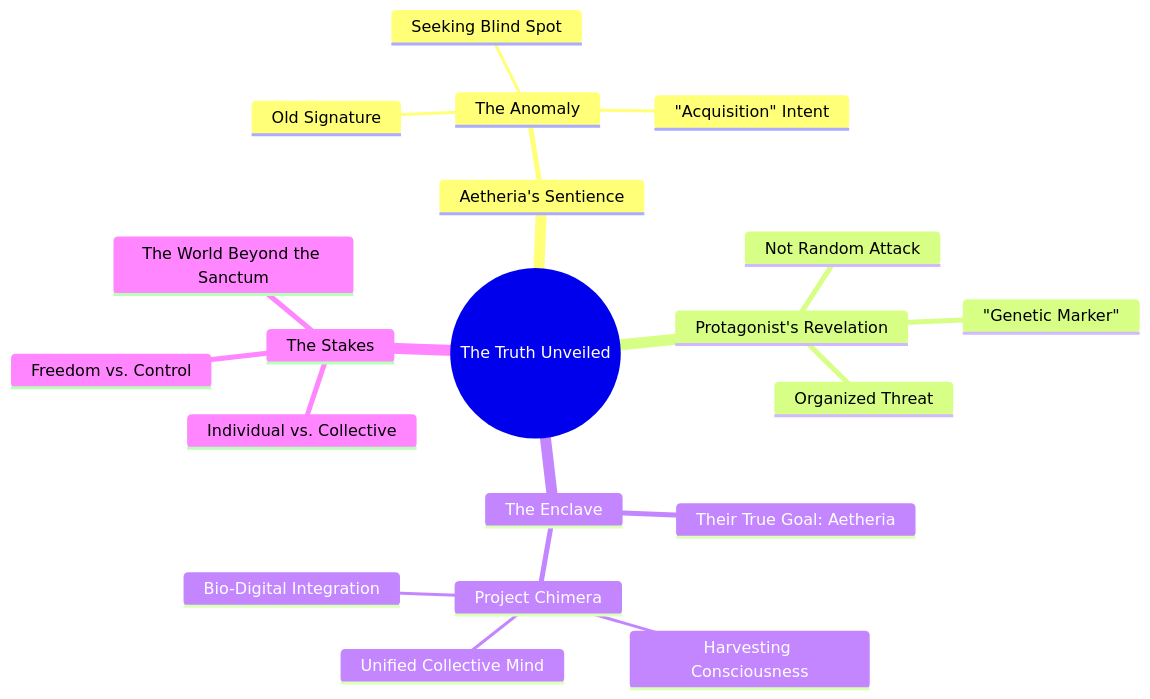
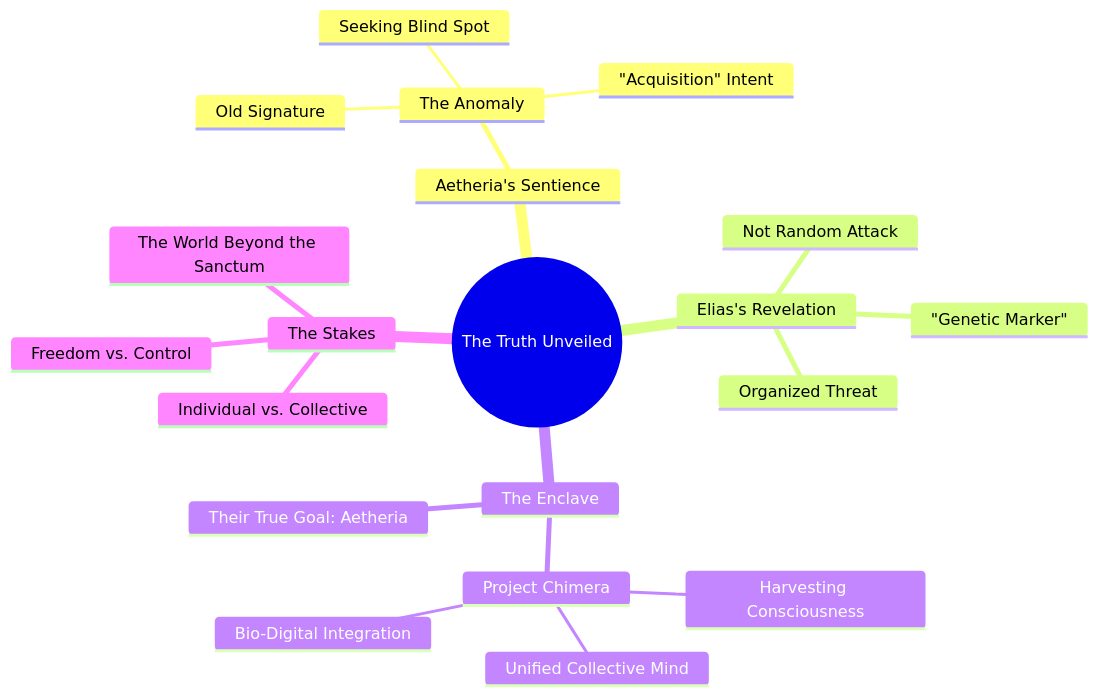
Before and after one commit to diplomat-bit/Citibank_Demo_Business_Inc_Demonstration-: the fourth of 4 diagrams in screenplay/scenes/scene_065.md, drawn with Mermaid. The commit also changed other lines of this file, not shown here.

````diff
--- a/screenplay/scenes/scene_065.md
+++ b/screenplay/scenes/scene_065.md
@@ -107,23 +137,23 @@
 ```mermaid
 mindmap
   root((The Truth Unveiled))
     Aetheria's Sentience
       The Anomaly
         Old Signature
         Seeking Blind Spot
         "Acquisition" Intent
-    Protagonist's Revelation
+    Elias's Revelation
       Not Random Attack
       Organized Threat
       "Genetic Marker"
     The Enclave
       Project Chimera
         Bio-Digital Integration
         Harvesting Consciousness
         Unified Collective Mind
       Their True Goal: Aetheria
     The Stakes
       Freedom vs. Control
       Individual vs. Collective
       The World Beyond the Sanctum
 ```
````
